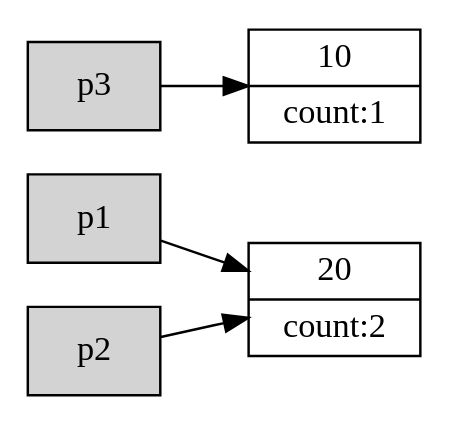
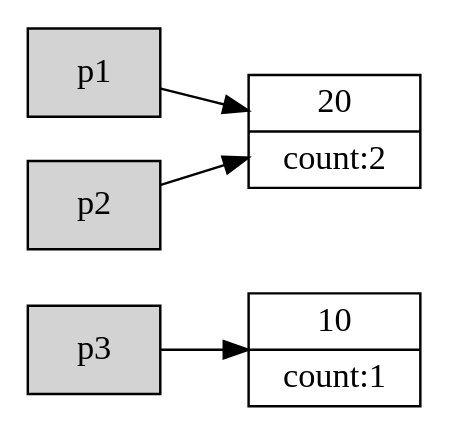
One commit to dmgerman/csc116ModernCplusplus changed the fourth of 7 diagrams in lectures/l-12-dynamic-memory/l-12-dynamic-memory.org. Above: the diagram before and after it, drawn with Graphviz. The commit also changed other lines of this file, not shown here.

```diff
--- a/lectures/l-12-dynamic-memory/l-12-dynamic-memory.org
+++ b/lectures/l-12-dynamic-memory/l-12-dynamic-memory.org
@@ -561,16 +558,14 @@
 #+begin_src dot :file before4.png :cmdline -Tpng :exports none :results silent
 digraph { 
          graph [fontname = "Helvetica"]
          rankdir=LR;
          node [shape = rectangle,style=filled];
          
-#         nullptr [color=black,fontcolor=white];
-
+         1 [style=nonfilled,label="10|count:1",shape=record];
          2 [style=nonfilled,label="20|count:2",shape=record];
-         1 [style=nonfilled,label="10|count:1",shape=record];
-
          p1 -> 2
          p2 -> 2;
          p3 -> 1;
+
 } 
 #+end_src
```
